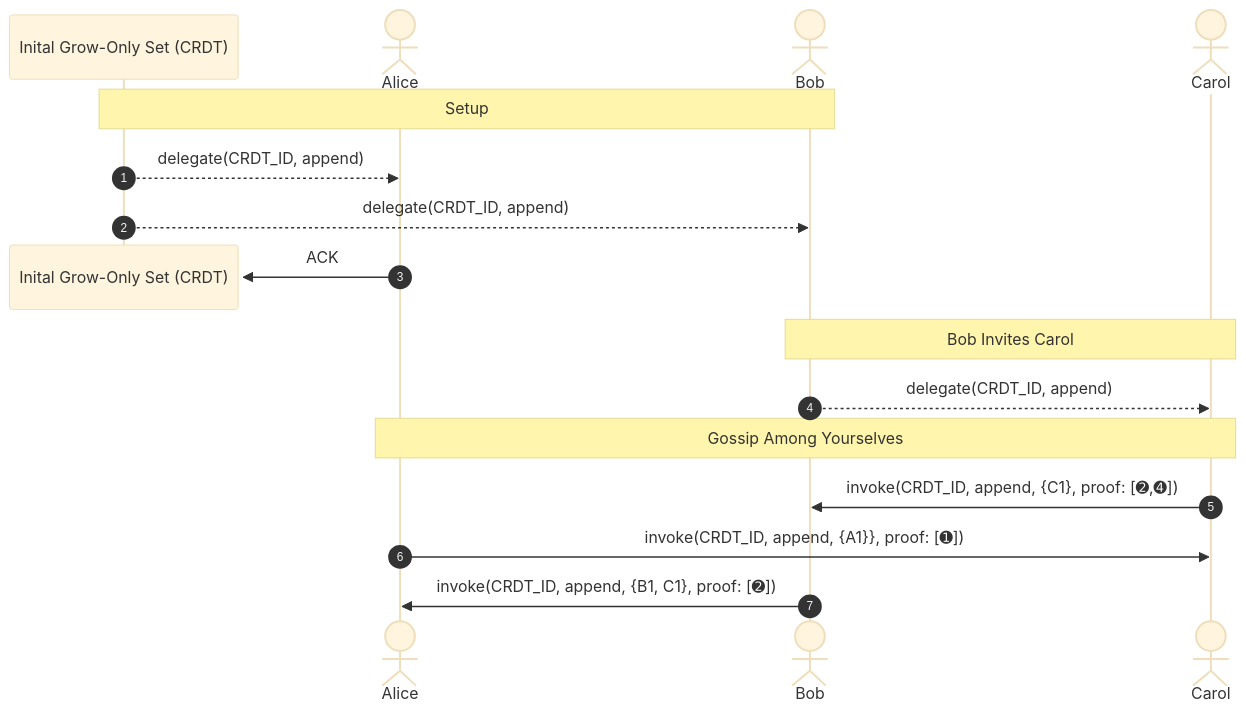
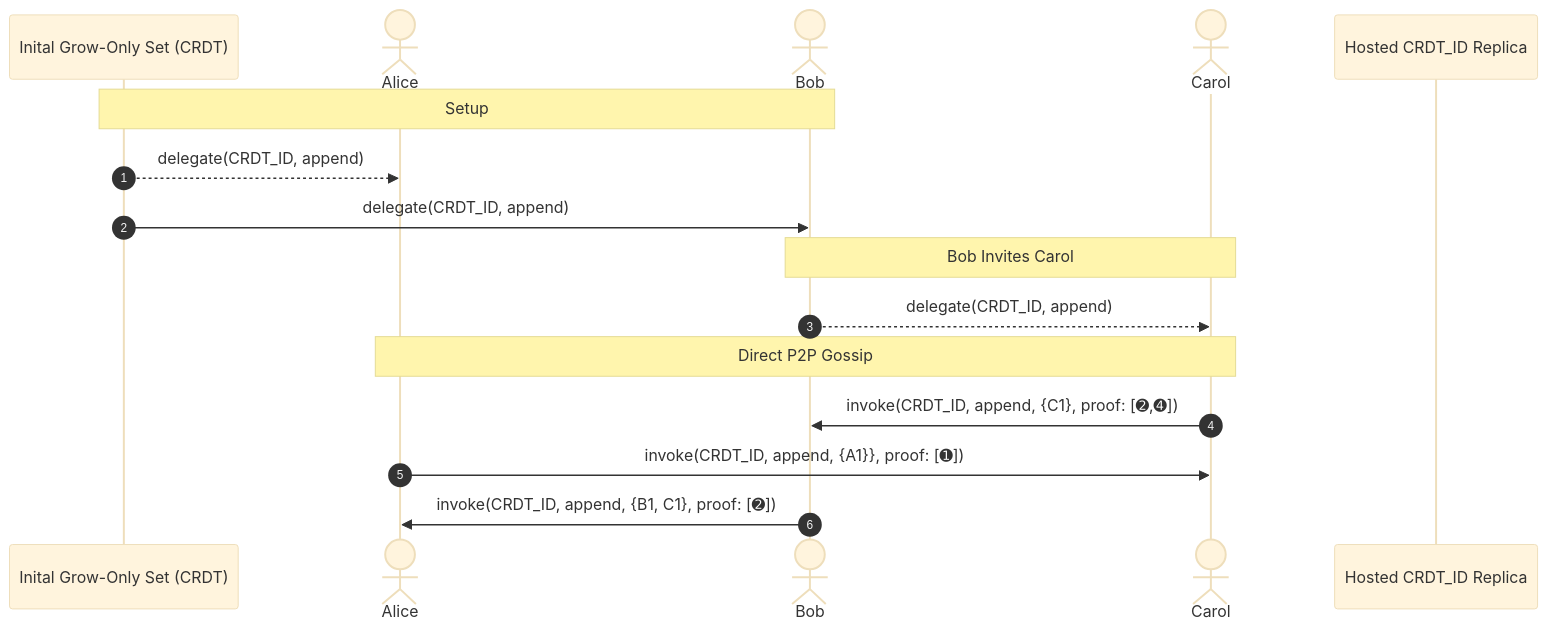
Before and after one commit to michielbdejong/spec: the third of 5 diagrams in README.md, drawn with Mermaid (base theme).

Commit message:
Fix broken diagram (GitHub is behind mermaid.live)

````diff
--- a/README.md
+++ b/README.md
@@ -197,25 +197,24 @@
 ``` mermaid
 sequenceDiagram
     participant CRDT as Inital Grow-Only Set (CRDT)
 
     actor Alice
     actor Bob
     actor Carol
+    
+    participant Storage as Hosted CRDT_ID Replica
 
     autonumber
 
     Note over CRDT, Bob: Setup
     CRDT -->> Alice: delegate(CRDT_ID, append)
-    CRDT -->> Bob: delegate(CRDT_ID, append)
-
-    destroy CRDT
-    Alice ->> CRDT: ACK
+    CRDT ->> Bob: delegate(CRDT_ID, append)
     
     Note over Bob, Carol: Bob Invites Carol
     Bob -->> Carol: delegate(CRDT_ID, append)
 
-    Note over Alice, Carol: Gossip Among Yourselves
+    Note over Alice, Carol: Direct P2P Gossip
     Carol ->> Bob: invoke(CRDT_ID, append, {C1}, proof: [➋,➍])
     Alice ->> Carol: invoke(CRDT_ID, append, {A1}}, proof: [➊])
     Bob ->> Alice: invoke(CRDT_ID, append, {B1, C1}, proof: [➋])
 ```
````
